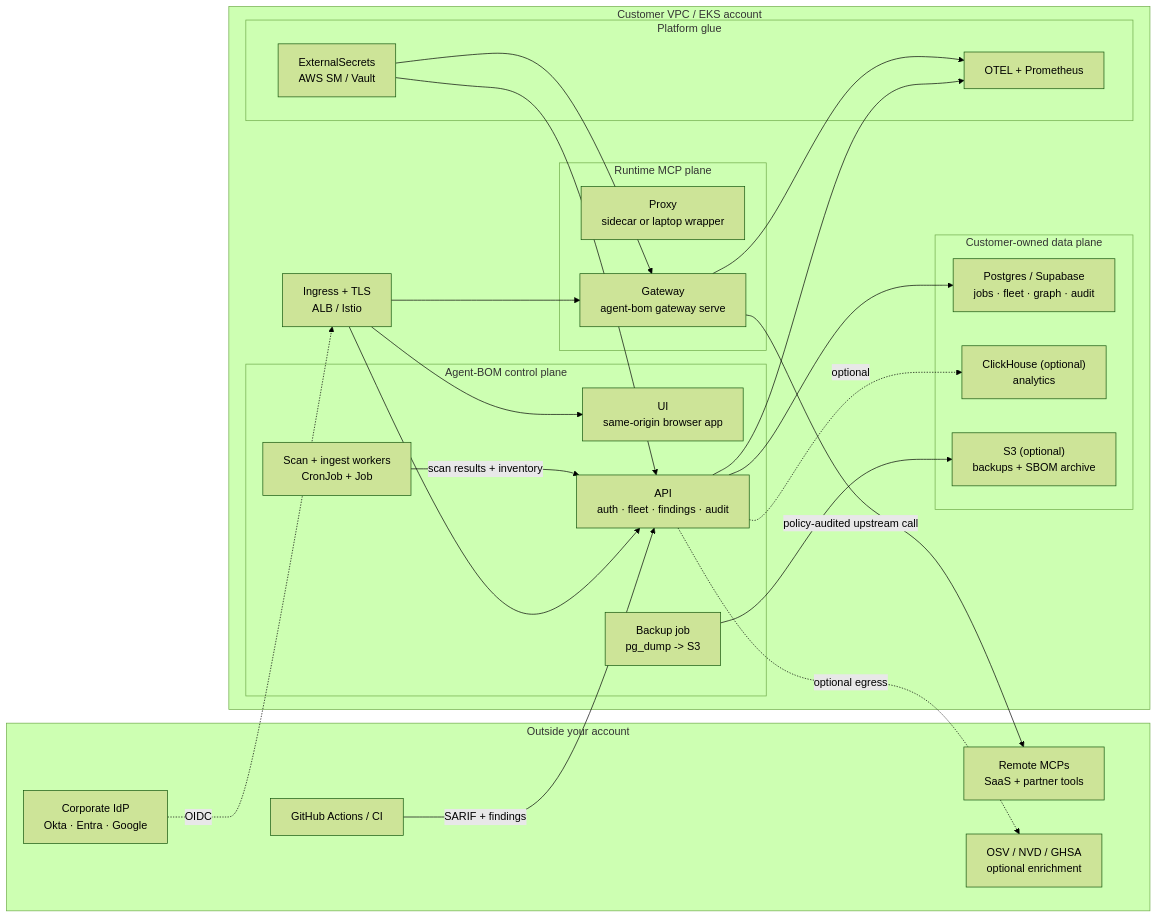
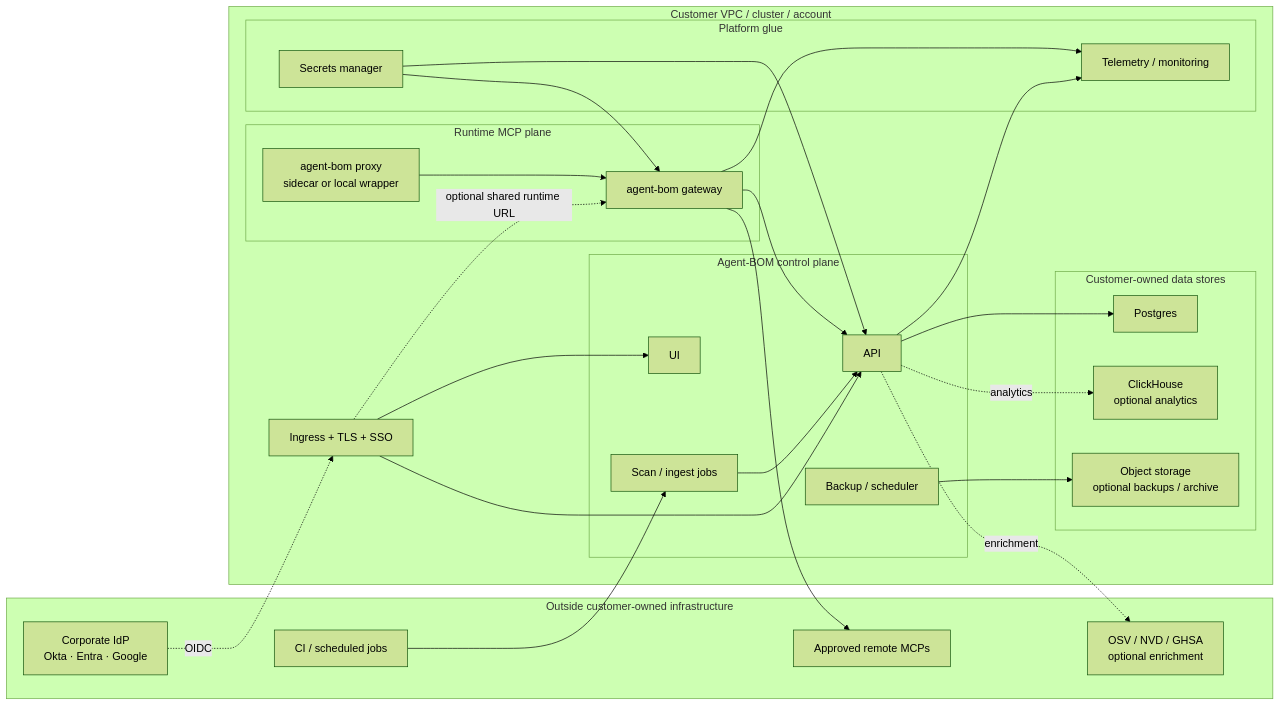
One commit to msaad00/agent-bom changed the first of 6 diagrams in README.md. Above: the diagram before and after it, drawn with Mermaid (forest theme). The commit also changed other lines of this file and 2 other files, not shown here.

Commit message:
docs: simplify self-hosted topology and runtime flow diagrams

````diff
--- a/README.md
+++ b/README.md
@@ -165,52 +165,54 @@
 ```mermaid
 flowchart LR
-    subgraph outside["Outside your account"]
+    subgraph outside["Outside customer-owned infrastructure"]
       idp["Corporate IdP<br/>Okta · Entra · Google"]
-      ci["GitHub Actions / CI"]
-      remote["Remote MCPs<br/>SaaS + partner tools"]
+      ci["CI / scheduled jobs"]
+      remote["Approved remote MCPs"]
       osv["OSV / NVD / GHSA<br/>optional enrichment"]
     end
 
-    subgraph customer["Customer VPC / EKS account"]
-      ingress["Ingress + TLS<br/>ALB / Istio"]
+    subgraph customer["Customer VPC / cluster / account"]
+      ingress["Ingress + TLS + SSO"]
 
       subgraph control["Agent-BOM control plane"]
-        ui["UI<br/>same-origin browser app"]
-        api["API<br/>auth · fleet · findings · audit"]
-        jobs["Scan + ingest workers<br/>CronJob + Job"]
-        backup["Backup job<br/>pg_dump -> S3"]
+        ui["UI"]
+        api["API"]
+        jobs["Scan / ingest jobs"]
+        backup["Backup / scheduler"]
       end
 
       subgraph runtime["Runtime MCP plane"]
-        proxy["Proxy<br/>sidecar or laptop wrapper"]
-        gateway["Gateway<br/>agent-bom gateway serve"]
+        proxy["agent-bom proxy<br/>sidecar or local wrapper"]
+        gateway["agent-bom gateway"]
       end
 
-      subgraph data["Customer-owned data plane"]
-        pg["Postgres / Supabase<br/>jobs · fleet · graph · audit"]
-        ch["ClickHouse (optional)<br/>analytics"]
-        s3["S3 (optional)<br/>backups + SBOM archive"]
+      subgraph data["Customer-owned data stores"]
+        pg["Postgres"]
+        ch["ClickHouse<br/>optional analytics"]
+        s3["Object storage<br/>optional backups / archive"]
       end
 
       subgraph ops["Platform glue"]
-        secrets["ExternalSecrets<br/>AWS SM / Vault"]
-        metrics["OTEL + Prometheus"]
+        secrets["Secrets manager"]
+        metrics["Telemetry / monitoring"]
       end
     end
 
     idp -. OIDC .-> ingress
     ingress --> ui
     ingress --> api
-    ingress --> gateway
-    ci -->|"SARIF + findings"| api
-    jobs -->|"scan results + inventory"| api
+    ingress -. optional shared runtime URL .-> gateway
+    ci --> jobs
+    jobs --> api
+    proxy --> gateway
+    gateway --> api
+    gateway --> remote
     api --> pg
-    api -. optional .-> ch
+    api -. analytics .-> ch
     backup --> s3
     secrets --> api
     secrets --> gateway
     api --> metrics
     gateway --> metrics
-    gateway -->|"policy-audited upstream call"| remote
-    api -. optional egress .-> osv
+    api -. enrichment .-> osv
 ```
````
